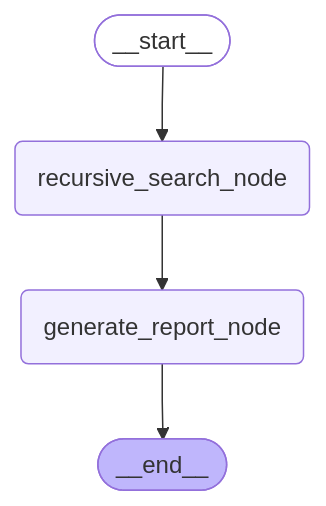
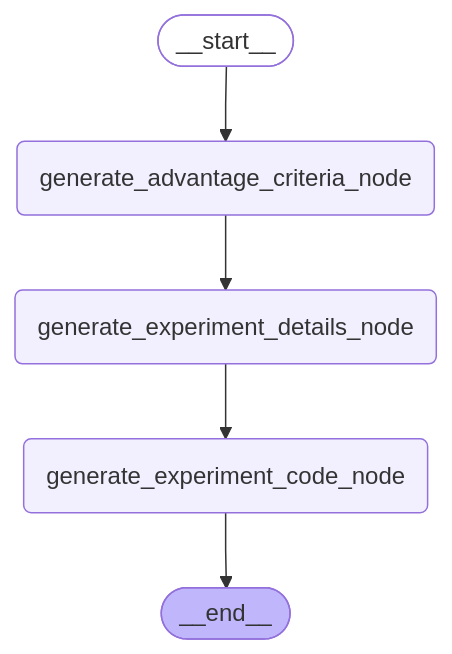
One commit to auto-res/researchgraph changed the second of 4 diagrams in README.md. Above: the diagram before and after it, drawn with Mermaid. The commit also changed other lines of this file and 10 other files, not shown here.

````diff
--- a/README.md
+++ b/README.md
@@ -67,14 +78,16 @@
 ```mermaid
 %%{init: {'flowchart': {'curve': 'linear'}}}%%
 graph TD;
         __start__([<p>__start__</p>]):::first
-        recursive_search_node(recursive_search_node)
-        generate_report_node(generate_report_node)
+        generate_advantage_criteria_node(generate_advantage_criteria_node)
+        generate_experiment_details_node(generate_experiment_details_node)
+        generate_experiment_code_node(generate_experiment_code_node)
         __end__([<p>__end__</p>]):::last
-        __start__ --> recursive_search_node;
-        generate_report_node --> __end__;
-        recursive_search_node --> generate_report_node;
+        __start__ --> generate_advantage_criteria_node;
+        generate_advantage_criteria_node --> generate_experiment_details_node;
+        generate_experiment_code_node --> __end__;
+        generate_experiment_details_node --> generate_experiment_code_node;
         classDef default fill:#f2f0ff,line-height:1.2
         classDef first fill-opacity:0
         classDef last fill:#bfb6fc
 ```
````
